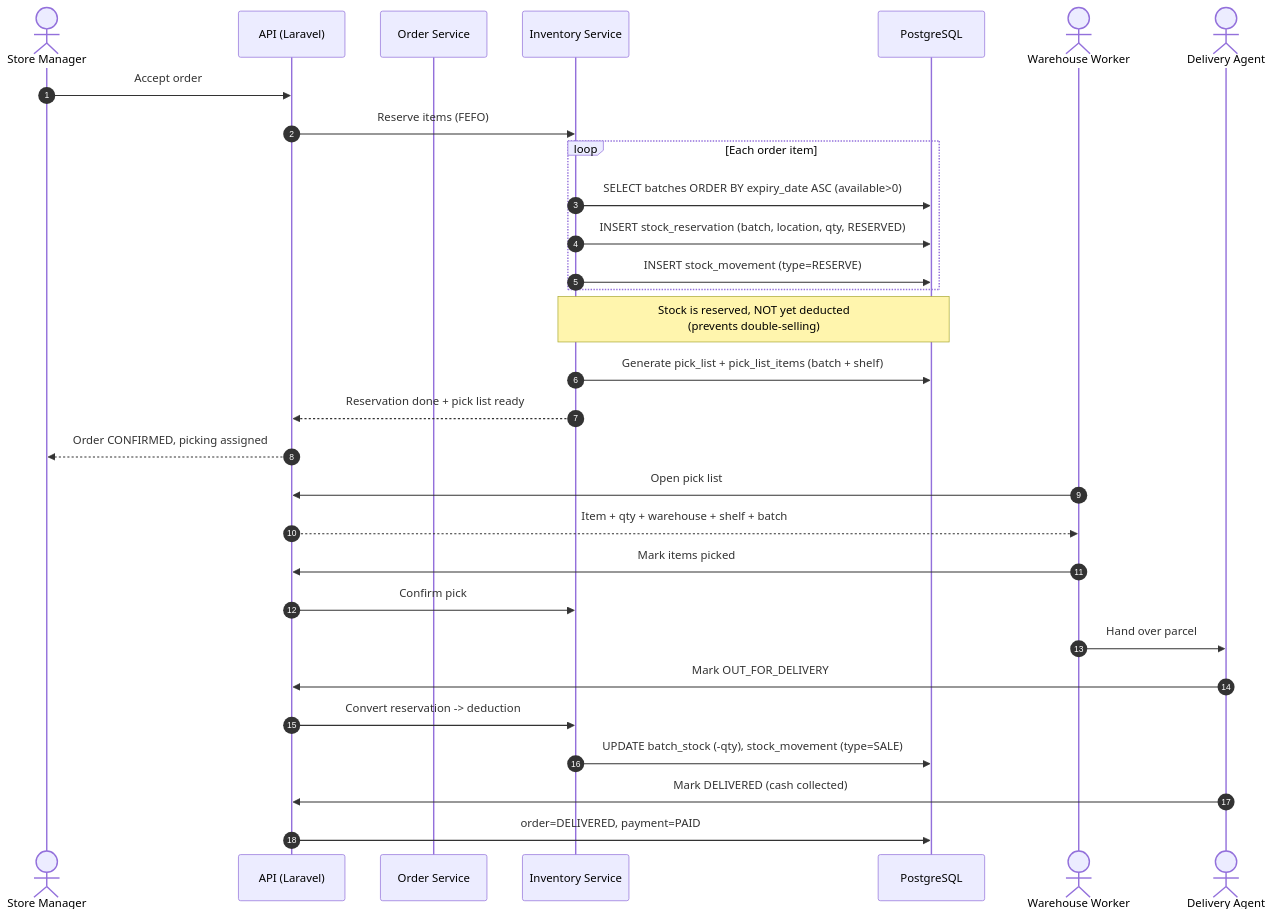
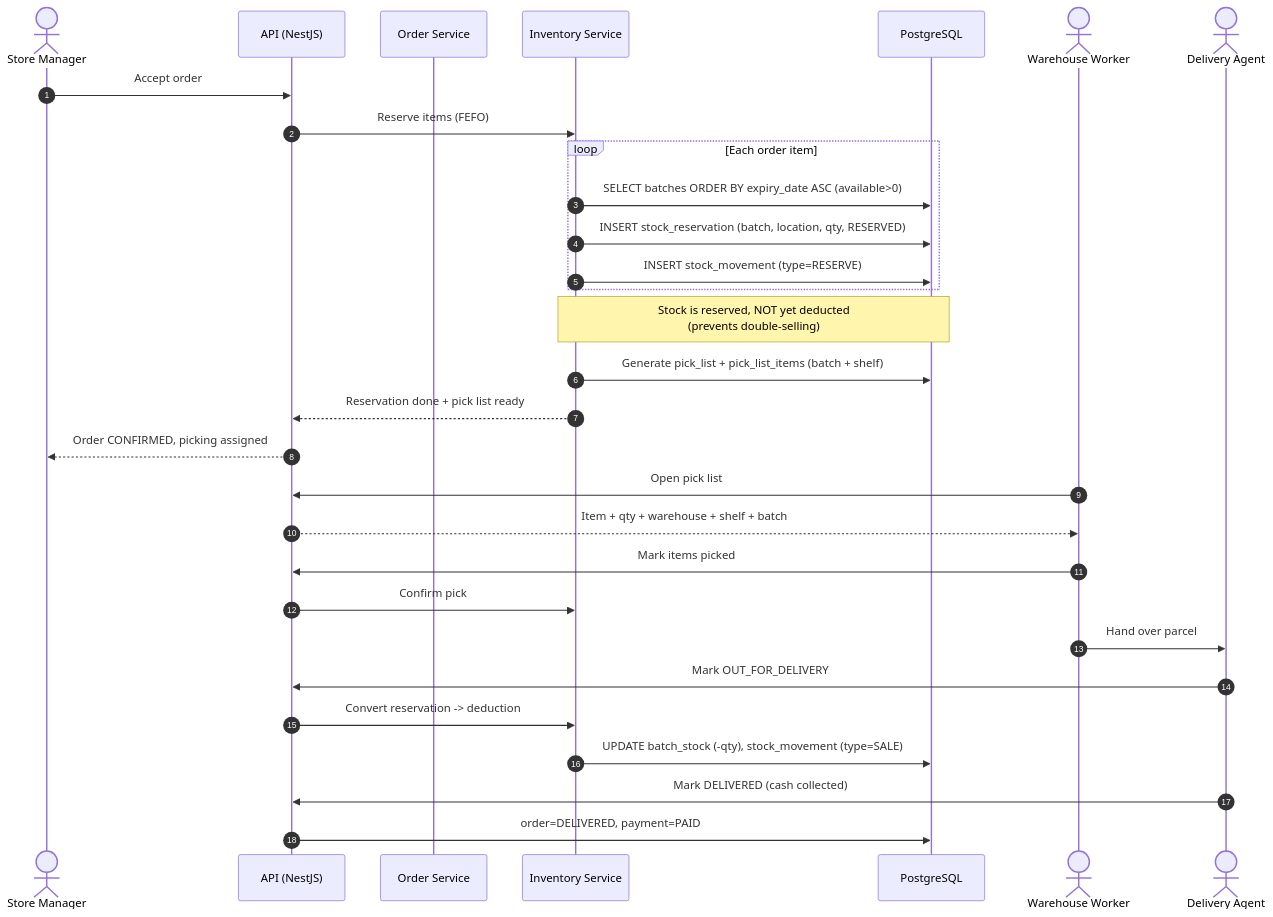
The diagram in docs/diagrams/14_Sequence_Reservation_FEFO.mmd (haideraljiryawe/Shubayr), drawn with Mermaid before and after one commit. The commit also changed 39 other files, not shown here.

```diff
--- a/docs/diagrams/14_Sequence_Reservation_FEFO.mmd
+++ b/docs/diagrams/14_Sequence_Reservation_FEFO.mmd
@@ -1,31 +1,31 @@
 sequenceDiagram
   autonumber
   actor M as Store Manager
-  participant API as API (Laravel)
+  participant API as API (NestJS)
   participant Ord as Order Service
   participant Inv as Inventory Service
   participant DB as PostgreSQL
   actor W as Warehouse Worker
   actor D as Delivery Agent
 
   M->>API: Accept order #SB-1042
   API->>Inv: Reserve items (FEFO)
   loop Each order item
     Inv->>DB: SELECT batches ORDER BY expiry_date ASC (available>0)
     Inv->>DB: INSERT stock_reservation (batch, location, qty, RESERVED)
     Inv->>DB: INSERT stock_movement (type=RESERVE)
   end
   Note over Inv,DB: Stock is reserved, NOT yet deducted<br/>(prevents double-selling)
   Inv->>DB: Generate pick_list + pick_list_items (batch + shelf)
   Inv-->>API: Reservation done + pick list ready
   API-->>M: Order CONFIRMED, picking assigned
   W->>API: Open pick list
   API-->>W: Item + qty + warehouse + shelf + batch
   W->>API: Mark items picked
   API->>Inv: Confirm pick
   W->>D: Hand over parcel
   D->>API: Mark OUT_FOR_DELIVERY
   API->>Inv: Convert reservation -> deduction
   Inv->>DB: UPDATE batch_stock (-qty), stock_movement (type=SALE)
   D->>API: Mark DELIVERED (cash collected)
   API->>DB: order=DELIVERED, payment=PAID
```
